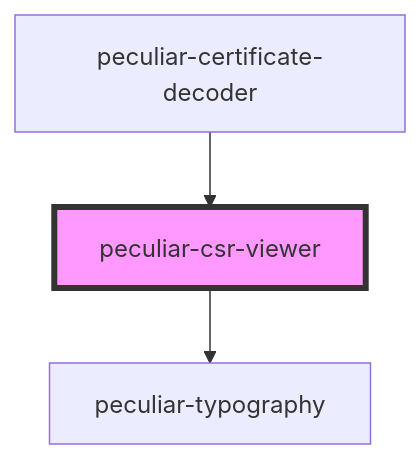
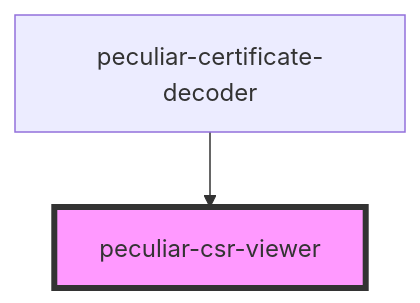
Before and after one commit to PeculiarVentures/pv-certificates-viewer: the diagram in packages/webcomponents/src/components/csr-viewer/readme.md, drawn with Mermaid. The commit also changed other lines of this file and 100 other files, not shown here.

````diff
--- a/packages/webcomponents/src/components/csr-viewer/readme.md
+++ b/packages/webcomponents/src/components/csr-viewer/readme.md
@@ -30,6 +26,5 @@
 ```mermaid
 graph TD;
-  peculiar-csr-viewer --> peculiar-typography
   peculiar-certificate-decoder --> peculiar-csr-viewer
   style peculiar-csr-viewer fill:#f9f,stroke:#333,stroke-width:4px
 ```
````
